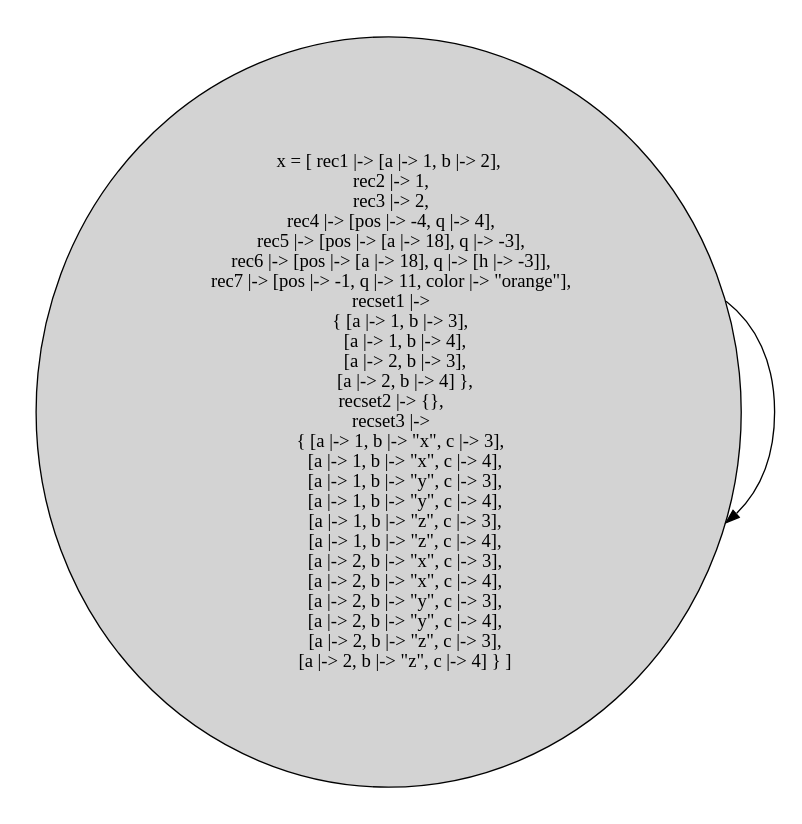
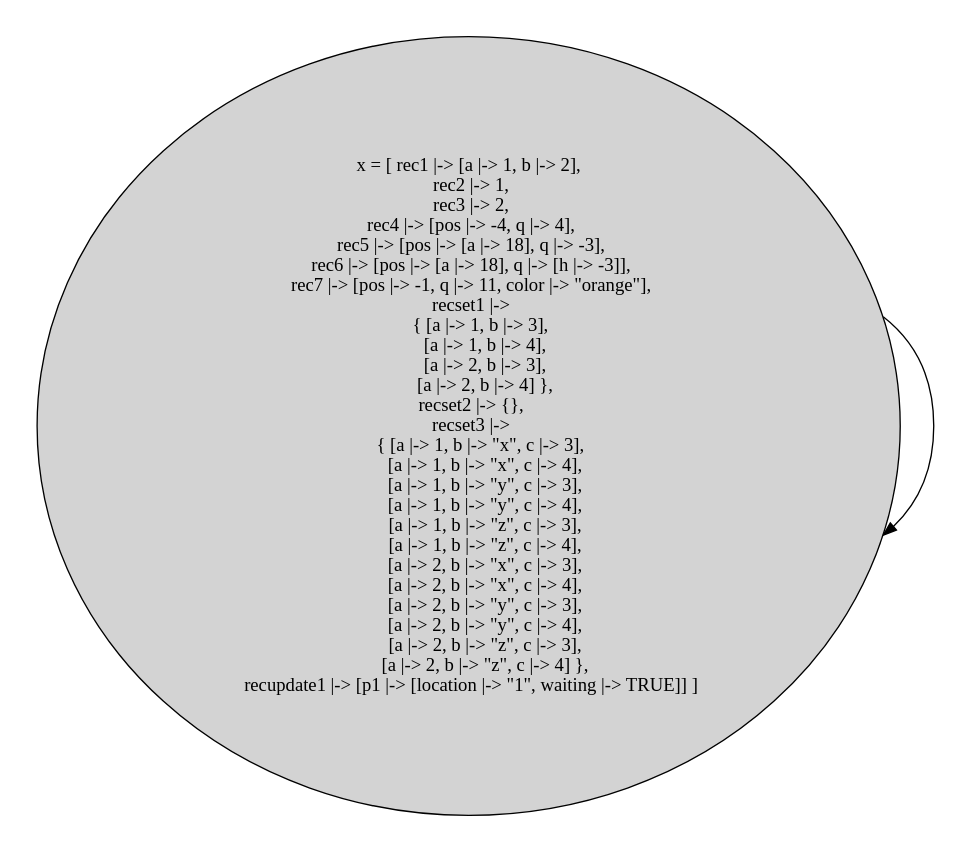
One commit to will62794/tla-web changed the diagram in specs/with_state_graphs/simple_record.tla.dot. Above: the diagram before and after it, drawn with Graphviz. The commit also changed 3 other files, not shown here.

```diff
--- a/specs/with_state_graphs/simple_record.tla.dot
+++ b/specs/with_state_graphs/simple_record.tla.dot
@@ -1,9 +1,9 @@
 strict digraph DiskGraph {
 nodesep=0.35;
 subgraph cluster_graph {
 color="white";
--7658035160243480487 [label="x = [ rec1 |-> [a |-> 1, b |-> 2],\n  rec2 |-> 1,\n  rec3 |-> 2,\n  rec4 |-> [pos |-> -4, q |-> 4],\n  rec5 |-> [pos |-> [a |-> 18], q |-> -3],\n  rec6 |-> [pos |-> [a |-> 18], q |-> [h |-> -3]],\n  rec7 |-> [pos |-> -1, q |-> 11, color |-> \"orange\"],\n  recset1 |->\n      { [a |-> 1, b |-> 3],\n        [a |-> 1, b |-> 4],\n        [a |-> 2, b |-> 3],\n        [a |-> 2, b |-> 4] },\n  recset2 |-> {},\n  recset3 |->\n      { [a |-> 1, b |-> \"x\", c |-> 3],\n        [a |-> 1, b |-> \"x\", c |-> 4],\n        [a |-> 1, b |-> \"y\", c |-> 3],\n        [a |-> 1, b |-> \"y\", c |-> 4],\n        [a |-> 1, b |-> \"z\", c |-> 3],\n        [a |-> 1, b |-> \"z\", c |-> 4],\n        [a |-> 2, b |-> \"x\", c |-> 3],\n        [a |-> 2, b |-> \"x\", c |-> 4],\n        [a |-> 2, b |-> \"y\", c |-> 3],\n        [a |-> 2, b |-> \"y\", c |-> 4],\n        [a |-> 2, b |-> \"z\", c |-> 3],\n        [a |-> 2, b |-> \"z\", c |-> 4] } ]",style = filled]
--7658035160243480487 -> -7658035160243480487 [label="",color="black",fontcolor="black"];
-{rank = same; -7658035160243480487;}
+3056619973709060493 [label="x = [ rec1 |-> [a |-> 1, b |-> 2],\n  rec2 |-> 1,\n  rec3 |-> 2,\n  rec4 |-> [pos |-> -4, q |-> 4],\n  rec5 |-> [pos |-> [a |-> 18], q |-> -3],\n  rec6 |-> [pos |-> [a |-> 18], q |-> [h |-> -3]],\n  rec7 |-> [pos |-> -1, q |-> 11, color |-> \"orange\"],\n  recset1 |->\n      { [a |-> 1, b |-> 3],\n        [a |-> 1, b |-> 4],\n        [a |-> 2, b |-> 3],\n        [a |-> 2, b |-> 4] },\n  recset2 |-> {},\n  recset3 |->\n      { [a |-> 1, b |-> \"x\", c |-> 3],\n        [a |-> 1, b |-> \"x\", c |-> 4],\n        [a |-> 1, b |-> \"y\", c |-> 3],\n        [a |-> 1, b |-> \"y\", c |-> 4],\n        [a |-> 1, b |-> \"z\", c |-> 3],\n        [a |-> 1, b |-> \"z\", c |-> 4],\n        [a |-> 2, b |-> \"x\", c |-> 3],\n        [a |-> 2, b |-> \"x\", c |-> 4],\n        [a |-> 2, b |-> \"y\", c |-> 3],\n        [a |-> 2, b |-> \"y\", c |-> 4],\n        [a |-> 2, b |-> \"z\", c |-> 3],\n        [a |-> 2, b |-> \"z\", c |-> 4] },\n  recupdate1 |-> [p1 |-> [location |-> \"1\", waiting |-> TRUE]] ]",style = filled]
+3056619973709060493 -> 3056619973709060493 [label="",color="black",fontcolor="black"];
+{rank = same; 3056619973709060493;}
 }
 }
```
